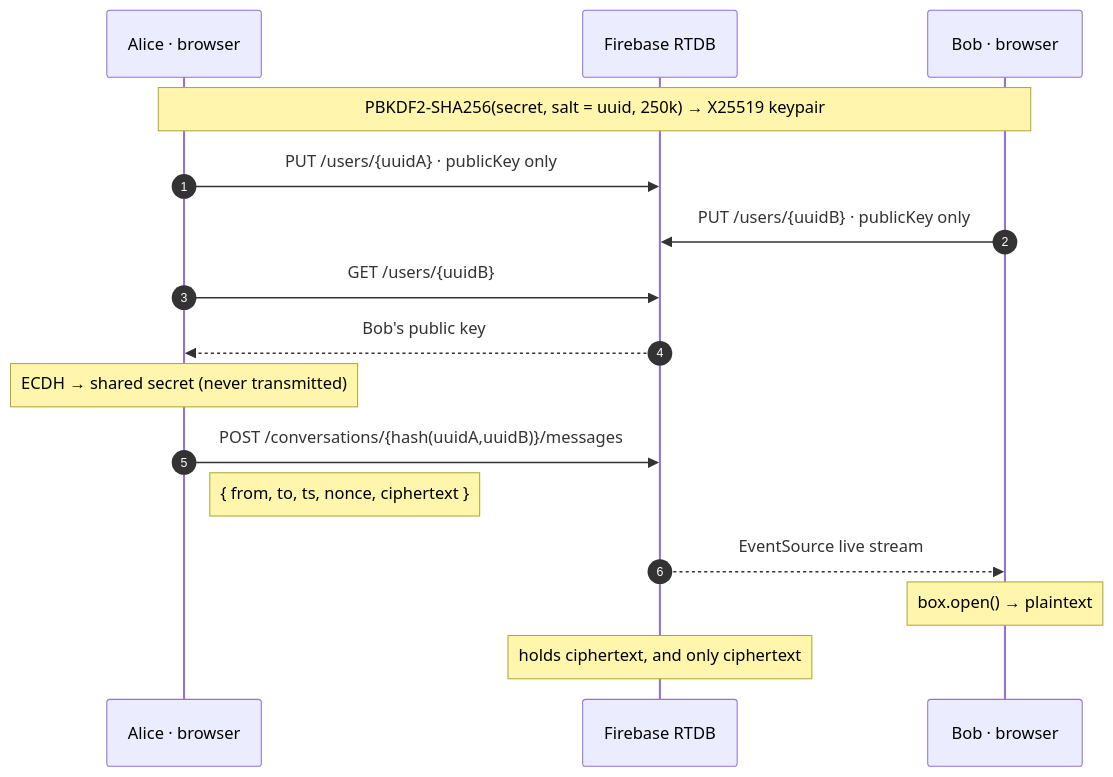
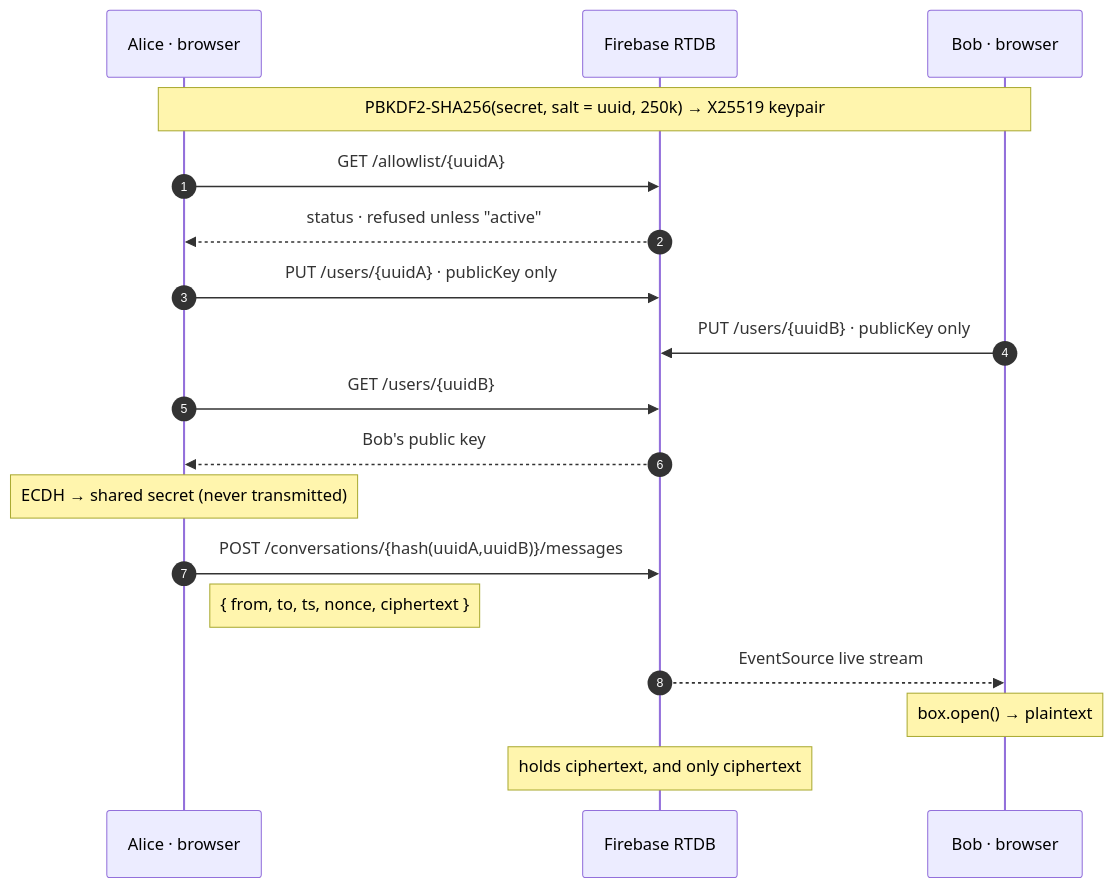
Before and after one commit to kvsovanreach/umbra: the diagram in README.md, drawn with Mermaid. The commit also changed other lines of this file and 3 other files, not shown here.

````diff
--- a/README.md
+++ b/README.md
@@ -53,19 +53,21 @@
 ```mermaid
 sequenceDiagram
     autonumber
     participant A as Alice · browser
     participant DB as Firebase RTDB
     participant B as Bob · browser
 
     Note over A,B: PBKDF2-SHA256(secret, salt = uuid, 250k) → X25519 keypair
+    A->>DB: GET /allowlist/{uuidA}
+    DB-->>A: status · refused unless "active"
     A->>DB: PUT /users/{uuidA} · publicKey only
     B->>DB: PUT /users/{uuidB} · publicKey only
     A->>DB: GET /users/{uuidB}
     DB-->>A: Bob's public key
     Note over A: ECDH → shared secret (never transmitted)
     A->>DB: POST /conversations/{hash(uuidA,uuidB)}/messages
     Note right of A: { from, to, ts, nonce, ciphertext }
     DB-->>B: EventSource live stream
     Note over B: box.open() → plaintext
     Note over DB: holds ciphertext, and only ciphertext
 ```
````
